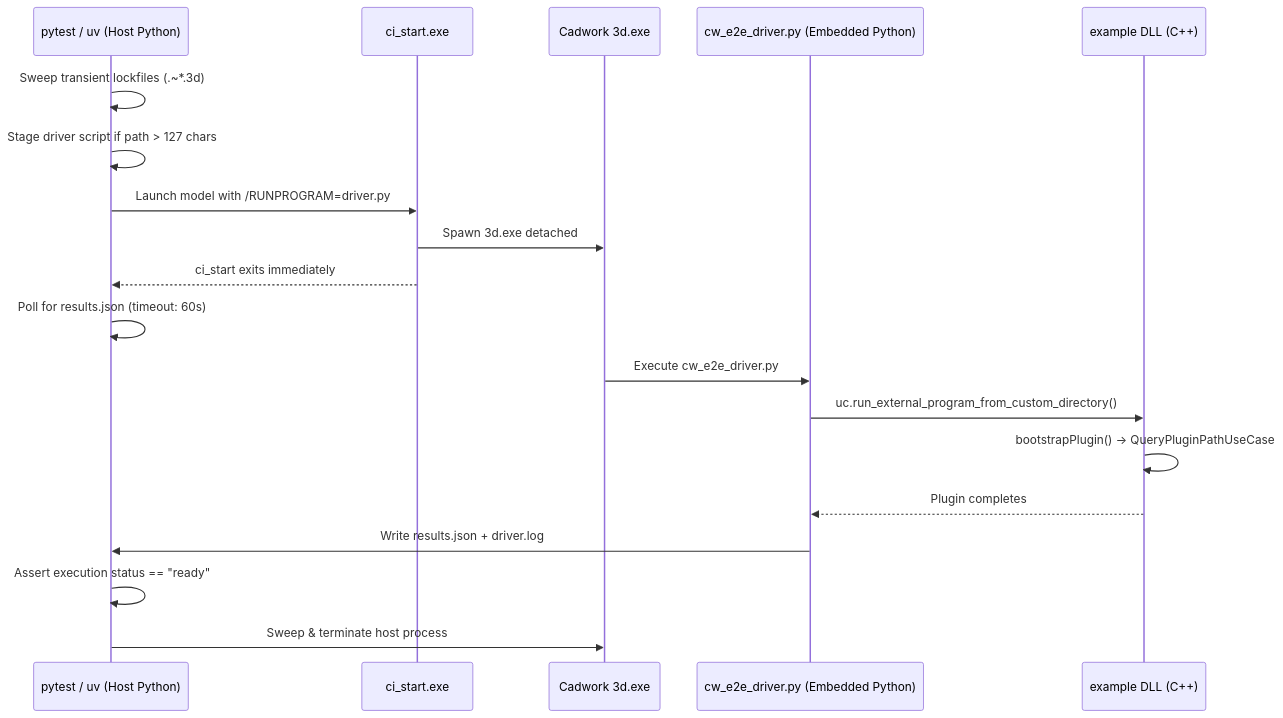
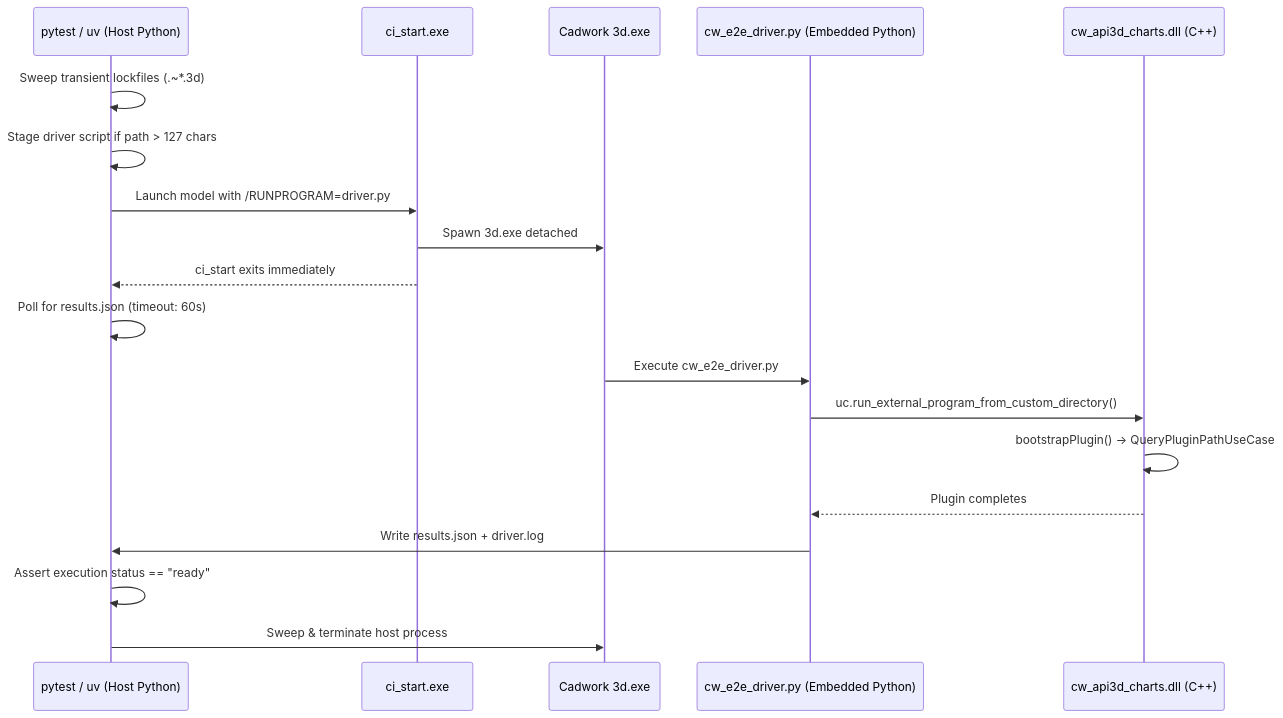
One commit to Brunner246/cw-api3d changed the diagram in tests/README.md. Above: the diagram before and after it, drawn with Mermaid. The commit also changed other lines of this file and 109 other files, not shown here.

First line of the commit message:
Flatten the charts plugin into a standalone project

````diff
--- a/tests/README.md
+++ b/tests/README.md
@@ -178,22 +178,22 @@
 ```mermaid
 sequenceDiagram
     participant Host as pytest / uv (Host Python)
     participant Launcher as ci_start.exe
     participant Cadwork as Cadwork 3d.exe
     participant Driver as cw_e2e_driver.py (Embedded Python)
-    participant Plugin as example DLL (C++)
+    participant Plugin as cw_api3d_charts.dll (C++)
 
     Host->>Host: Sweep transient lockfiles (.~*.3d)
     Host->>Host: Stage driver script if path > 127 chars
     Host->>Launcher: Launch model with /RUNPROGRAM=driver.py
     Launcher->>Cadwork: Spawn 3d.exe detached
     Launcher-->>Host: ci_start exits immediately
     Host->>Host: Poll for results.json (timeout: 60s)
     Cadwork->>Driver: Execute cw_e2e_driver.py
     Driver->>Plugin: uc.run_external_program_from_custom_directory()
     Plugin->>Plugin: bootstrapPlugin() -> QueryPluginPathUseCase
     Plugin-->>Driver: Plugin completes
     Driver->>Host: Write results.json + driver.log
     Host->>Host: Assert execution status == "ready"
     Host->>Cadwork: Sweep & terminate host process
 ```
````
